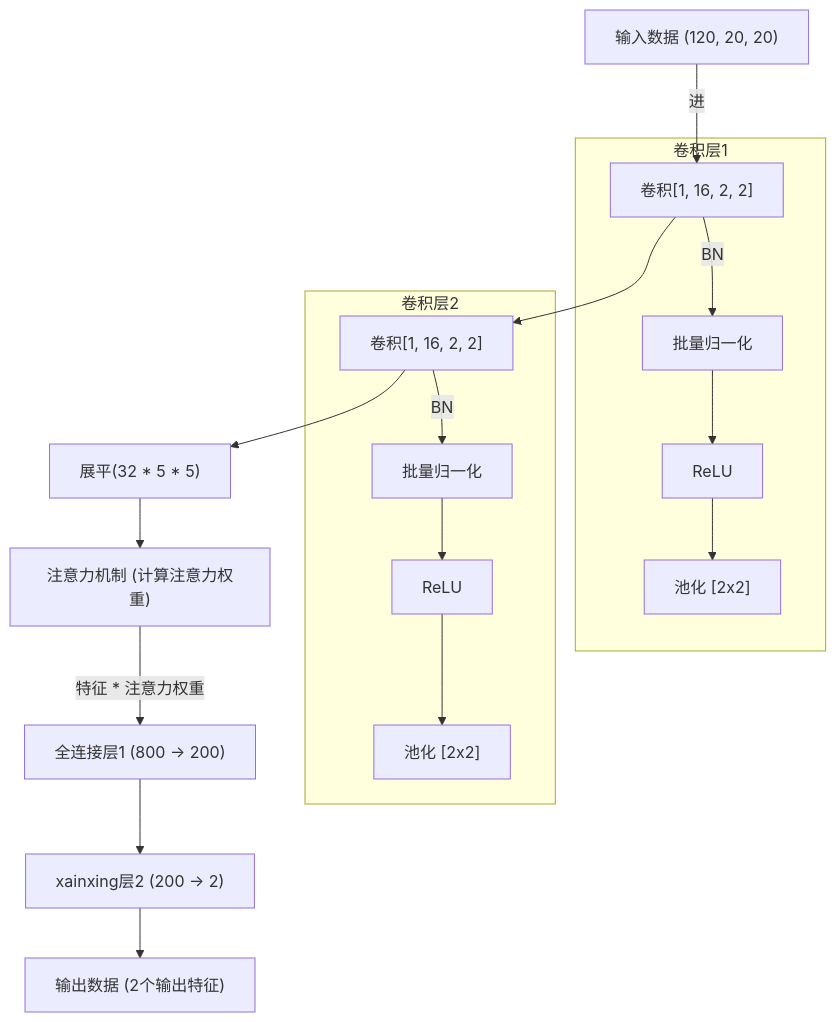
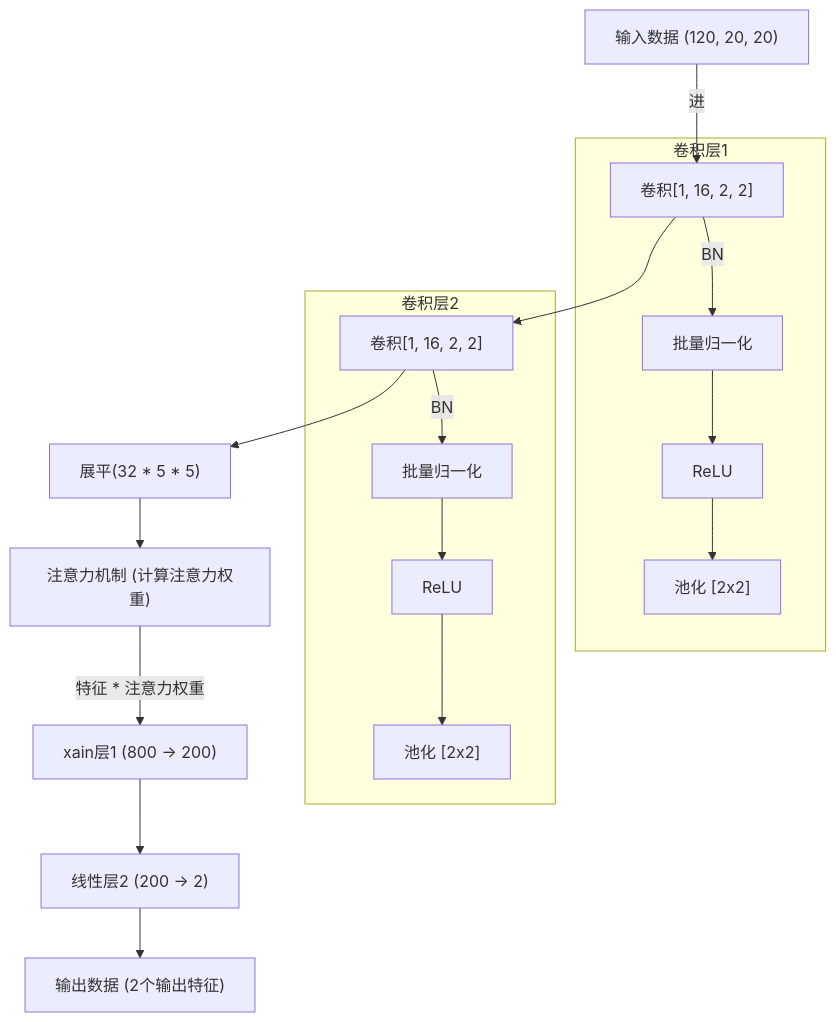
One commit to xbduong/iodraw-files changed the diagram in all/未命名-1.md. Above: the diagram before and after it, drawn with Mermaid.

Commit message:
2024-05-23 22:19:56 update

````diff
--- a/all/未命名-1.md
+++ b/all/未命名-1.md
@@ -1,25 +1,25 @@
 ```mermaid
 flowchart TD
     A["输入数据 (120, 20, 20)"]
     A -->|进| B["卷积层1 [1, 16, 2, 2]"]
     B --> C{"卷积层2 [16, 32, 2, 2] -> 展平"}
     C -->C4["展平(32 * 5 * 5)"]
     C4["展平(32 * 5 * 5)"] --> G["注意力机制 (计算注意力权重)"]
-    G["注意力机制 (计算注意力权重)"] -->|特征 * 注意力权重| D["全连接层1 (800 -> 200)"]
-    D --> E["xainxing层2 (200 -> 2)"]
+    G["注意力机制 (计算注意力权重)"] -->|特征 * 注意力权重| D["xain层1 (800 -> 200)"]
+    D --> E["线性层2 (200 -> 2)"]
     E --> F["输出数据 (2个输出特征)"]
 
     subgraph "卷积层1"
     B["卷积[1, 16, 2, 2]"] -->|BN| B1["批量归一化"]
     B1 --> B2["ReLU"]
     B2 --> B3["池化 [2x2]"]
     end
 
     subgraph "卷积层2"
     C["卷积[1, 16, 2, 2]"] -->|BN| C1["批量归一化"]
     C1 --> C2["ReLU"]
     C2 --> C3["池化 [2x2]"]
     end
 
   
 ```
````
